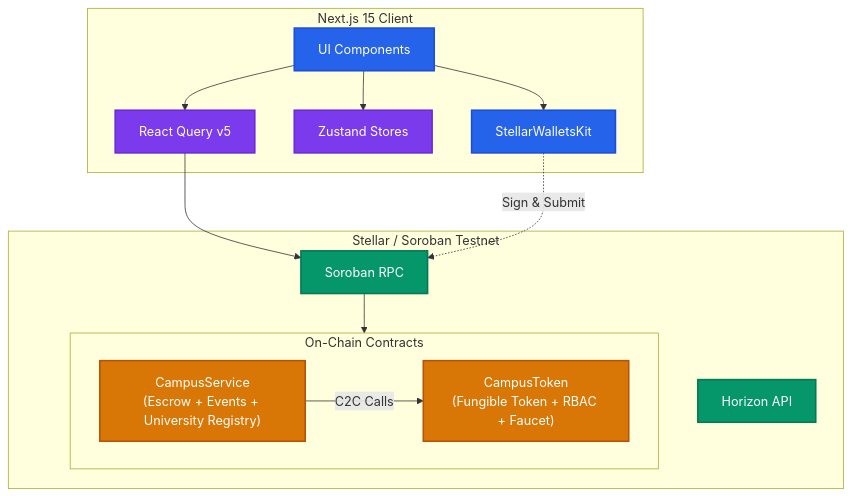
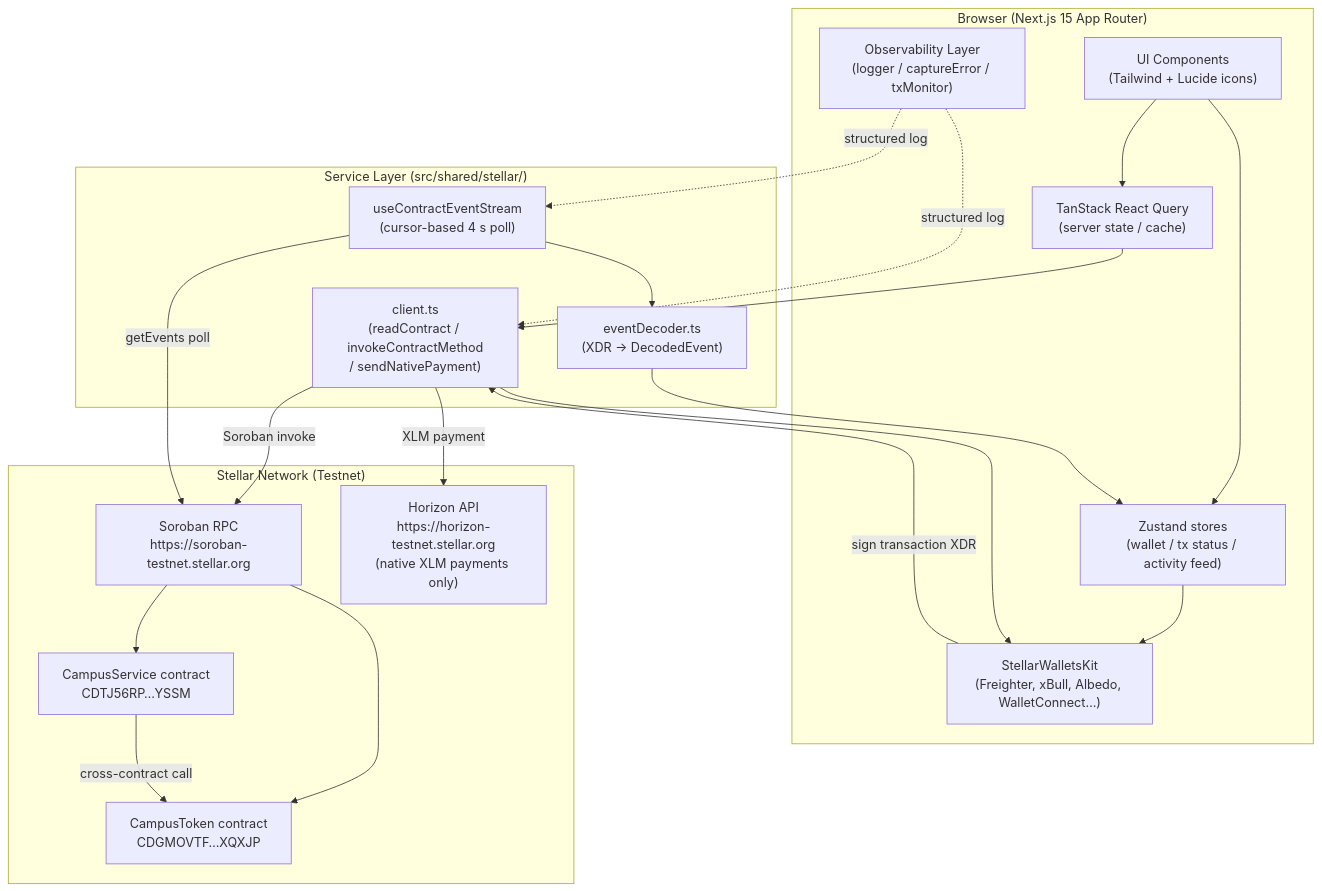
One commit to sandipansingh/CampusChain changed the first of 3 diagrams in README.md. Above: the diagram before and after it, drawn with Mermaid. The commit also changed other lines of this file and 3 other files, not shown here.

````diff
--- a/README.md
+++ b/README.md
@@ -30,36 +36,40 @@
 ```mermaid
 graph TD
-    classDef frontend fill:#2563EB,stroke:#1D4ED8,stroke-width:2px,color:#FFFFFF;
-    classDef contract fill:#D97706,stroke:#B45309,stroke-width:2px,color:#FFFFFF;
-    classDef stellar fill:#059669,stroke:#047857,stroke-width:2px,color:#FFFFFF;
-    classDef state fill:#7C3AED,stroke:#6D28D9,stroke-width:2px,color:#FFFFFF;
-
-    subgraph Client ["Next.js 15 Client"]
-        UI["UI Components"]
-        SWK["StellarWalletsKit"]
-        Zustand["Zustand Stores"]
-        ReactQuery["React Query v5"]
+    subgraph Browser["Browser (Next.js 15 App Router)"]
+        UI["UI Components\n(Tailwind + Lucide icons)"]
+        RQ["TanStack React Query\n(server state / cache)"]
+        ZS["Zustand stores\n(wallet / tx status / activity feed)"]
+        SWK["StellarWalletsKit\n(Freighter, xBull, Albedo, WalletConnect…)"]
+        OBS["Observability Layer\n(logger / captureError / txMonitor)"]
     end
 
-    subgraph StellarNetwork ["Stellar / Soroban Testnet"]
-        RPC["Soroban RPC"]
-        Horizon["Horizon API"]
-        subgraph SorobanContracts ["On-Chain Contracts"]
-            Token["CampusToken<br/>(Fungible Token + RBAC + Faucet)"]
-            Service["CampusService<br/>(Escrow + Events + University Registry)"]
-        end
+    subgraph Services["Service Layer (src/shared/stellar/)"]
+        CLIENT["client.ts\n(readContract / invokeContractMethod\n/ sendNativePayment)"]
+        EVENTS["useContractEventStream\n(cursor-based 4 s poll)"]
+        DECODER["eventDecoder.ts\n(XDR → DecodedEvent)"]
     end
 
-    UI --> SWK
-    UI --> Zustand
-    UI --> ReactQuery
-    ReactQuery --> RPC
-    SWK -.-> |Sign & Submit| RPC
-    RPC --> SorobanContracts
-    Service --> |C2C Calls| Token
+    subgraph Stellar["Stellar Network (Testnet)"]
+        RPC["Soroban RPC\nhttps://soroban-testnet.stellar.org"]
+        HORIZON["Horizon API\nhttps://horizon-testnet.stellar.org\n(native XLM payments only)"]
+        CT["CampusToken contract\nCDGMOVTF…XQXJP"]
+        CS["CampusService contract\nCDTJ56RP…YSSM"]
+    end
 
-    class UI,SWK frontend;
-    class Zustand,ReactQuery state;
-    class RPC,Horizon stellar;
-    class Token,Service contract;
+    UI --> RQ
+    UI --> ZS
+    RQ --> CLIENT
+    ZS --> SWK
+    CLIENT --> SWK
+    SWK -->|"sign transaction XDR"| CLIENT
+    CLIENT -->|"Soroban invoke"| RPC
+    CLIENT -->|"XLM payment"| HORIZON
+    EVENTS -->|"getEvents poll"| RPC
+    EVENTS --> DECODER
+    DECODER --> ZS
+    RPC --> CT
+    RPC --> CS
+    CS -->|"cross-contract call"| CT
+    OBS -.->|"structured log"| CLIENT
+    OBS -.->|"structured log"| EVENTS
 ```
````
